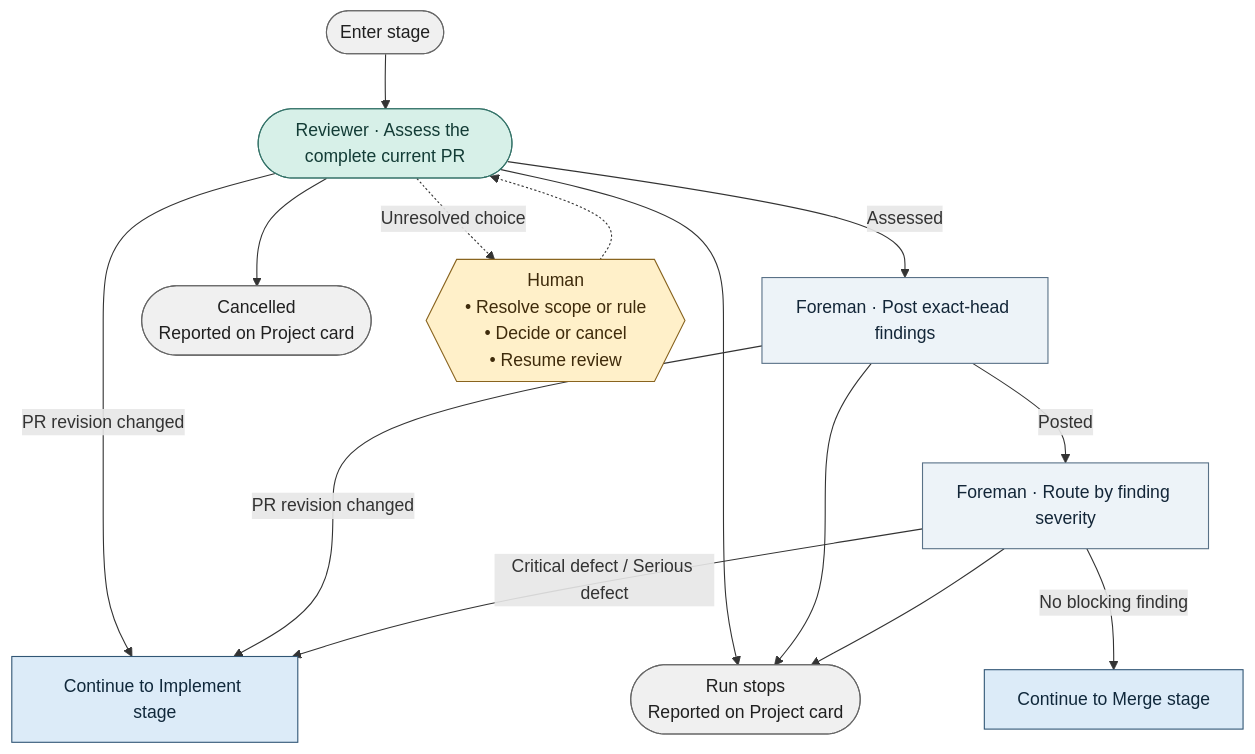
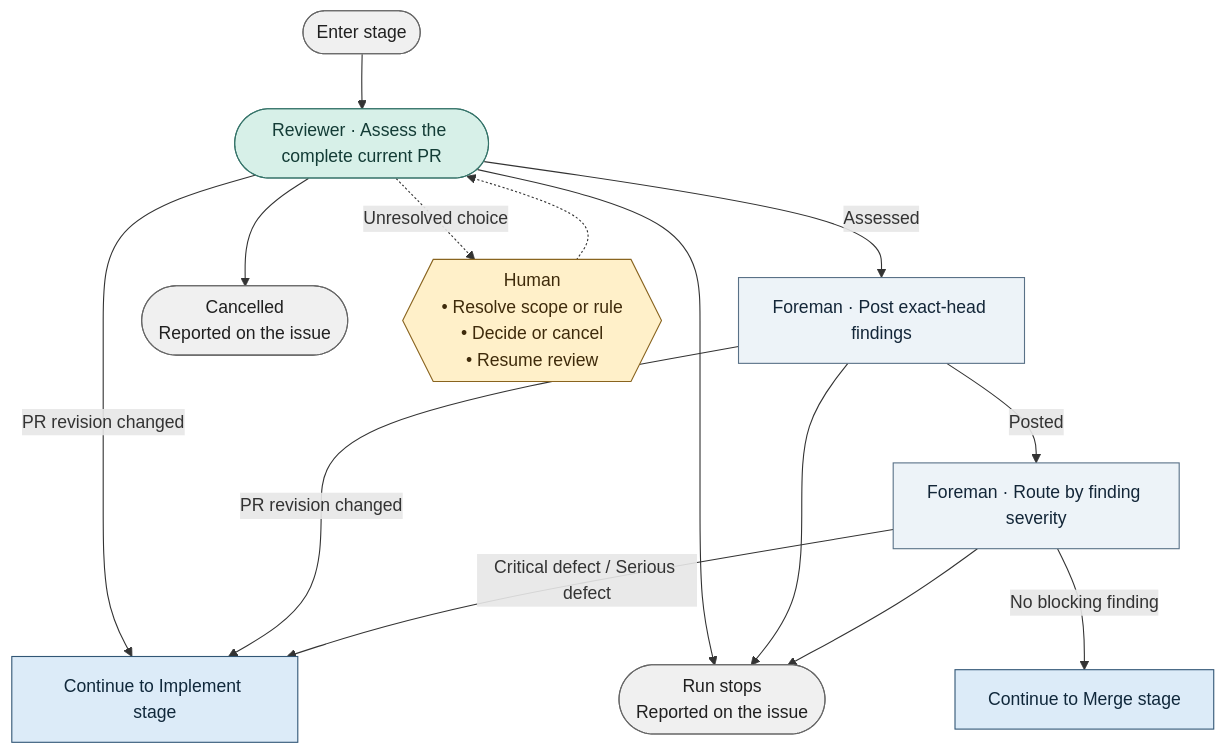
Before and after one commit to bookout-labs/tools: the diagram in docs/graph/blueprint/views/stages/review.mmd, drawn with Mermaid. The commit also changed 30 other files, not shown here.

```diff
--- a/docs/graph/blueprint/views/stages/review.mmd
+++ b/docs/graph/blueprint/views/stages/review.mmd
@@ -1,28 +1,28 @@
 flowchart TD
     n0(["Enter stage"]):::terminal
     n1(["Reviewer · Assess the complete current PR"]):::worker
     n2["Foreman · Post exact-head findings"]:::step
     n3["Foreman · Route by finding severity"]:::step
     n4["Continue to Implement stage"]:::stage
-    n5(["Cancelled<br/>Reported on Project card"]):::terminal
-    n6(["Run stops<br/>Reported on Project card"]):::terminal
+    n5(["Cancelled<br/>Reported on the issue"]):::terminal
+    n6(["Run stops<br/>Reported on the issue"]):::terminal
     n7["Continue to Merge stage"]:::stage
     n8{{"Human<br/>• Resolve scope or rule<br/>• Decide or cancel<br/>• Resume review"}}:::gate
     n0 --> n1
     n1 -->|"PR revision changed"| n4
     n1 --> n5
     n1 --> n6
     n1 -->|"Assessed"| n2
     n2 -->|"PR revision changed"| n4
     n2 --> n6
     n2 -->|"Posted"| n3
     n3 --> n6
     n3 -->|"Critical defect / Serious defect"| n4
     n3 -->|"No blocking finding"| n7
     n1 -.->|"Unresolved choice"| n8
     n8 -.-> n1
     classDef stage fill:#dcebf8,stroke:#315675,color:#10283b
     classDef step fill:#edf3f8,stroke:#597187,color:#132638
     classDef worker fill:#d7f0e8,stroke:#357369,color:#133c36
     classDef gate fill:#fff0c9,stroke:#89641f,color:#3f2b0b
     classDef terminal fill:#f0f0f0,stroke:#666666,color:#202020
```
